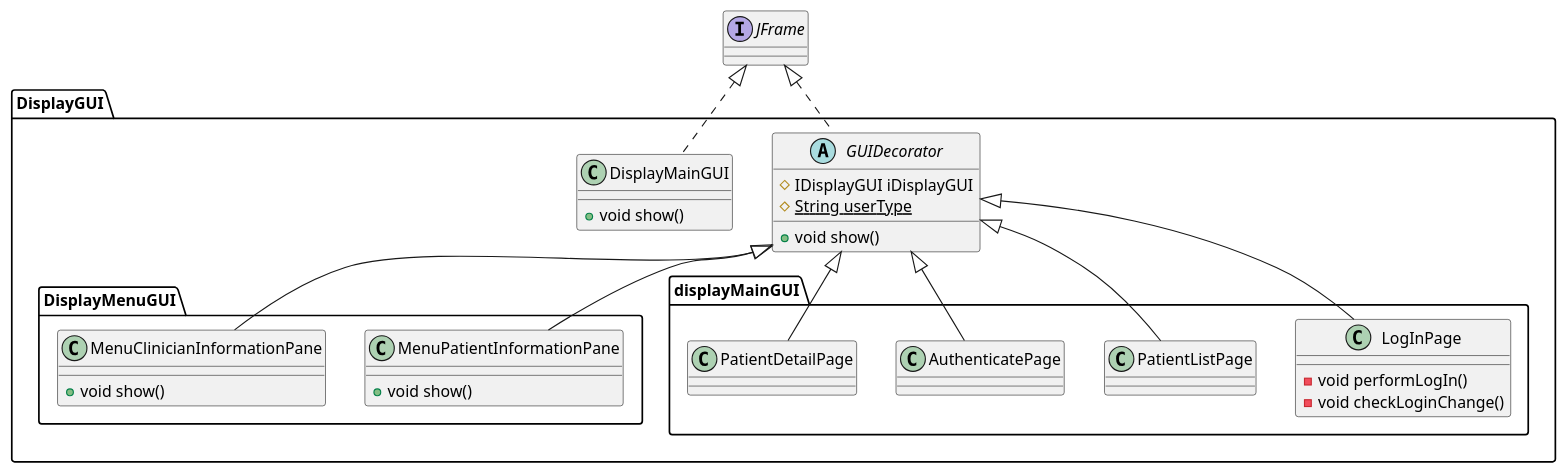
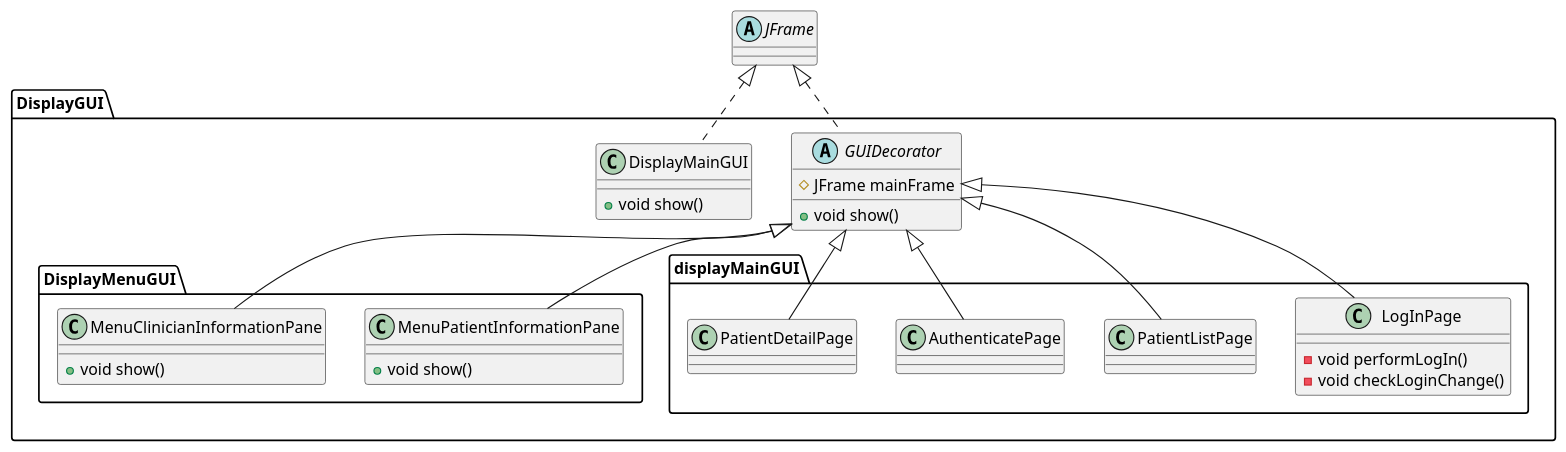
Before and after one commit to KC45jp/SENG4130-Project-Automated-Remote-Health-Monitoring: the diagram in UML/GUIDecorator.puml, drawn with PlantUML. The commit also changed 3 other files, not shown here.

Commit message:
uml commit before rest

```diff
--- a/UML/GUIDecorator.puml
+++ b/UML/GUIDecorator.puml
@@ -1,47 +1,48 @@
 @startuml
-interface JFrame {
+abstract JFrame {
+}
+
+abstract class DisplayGUI.GUIDecorator {
+# JFrame mainFrame
++ void show()
 }
 
 class DisplayGUI.DisplayMenuGUI.MenuPatientInformationPane {
 + void show()
 }
 
 class DisplayGUI.DisplayMenuGUI.MenuClinicianInformationPane {
 + void show()
 }
 
 class DisplayGUI.displayMainGUI.LogInPage {
 - void performLogIn()
 - void checkLoginChange()
 }
 
 class DisplayGUI.displayMainGUI.PatientListPage {
 }
 
 class DisplayGUI.displayMainGUI.AuthenticatePage {
 }
 
 
 class DisplayGUI.displayMainGUI.PatientDetailPage {
 }
 
-abstract class DisplayGUI.GUIDecorator {
-# IDisplayGUI iDisplayGUI
-# {static} String userType
-+ void show()
-}
+
 
 class DisplayGUI.DisplayMainGUI {
 + void show()
 }
 
 
 DisplayGUI.GUIDecorator <|-- DisplayGUI.displayMainGUI.AuthenticatePage
 DisplayGUI.GUIDecorator <|-- DisplayGUI.displayMainGUI.LogInPage
 DisplayGUI.GUIDecorator <|-- DisplayGUI.displayMainGUI.PatientDetailPage
 DisplayGUI.GUIDecorator <|-- DisplayGUI.displayMainGUI.PatientListPage
 DisplayGUI.GUIDecorator <|-- DisplayGUI.DisplayMenuGUI.MenuClinicianInformationPane
 DisplayGUI.GUIDecorator <|-- DisplayGUI.DisplayMenuGUI.MenuPatientInformationPane
 JFrame <|.. DisplayGUI.GUIDecorator
 JFrame <|.. DisplayGUI.DisplayMainGUI
 @enduml
```
